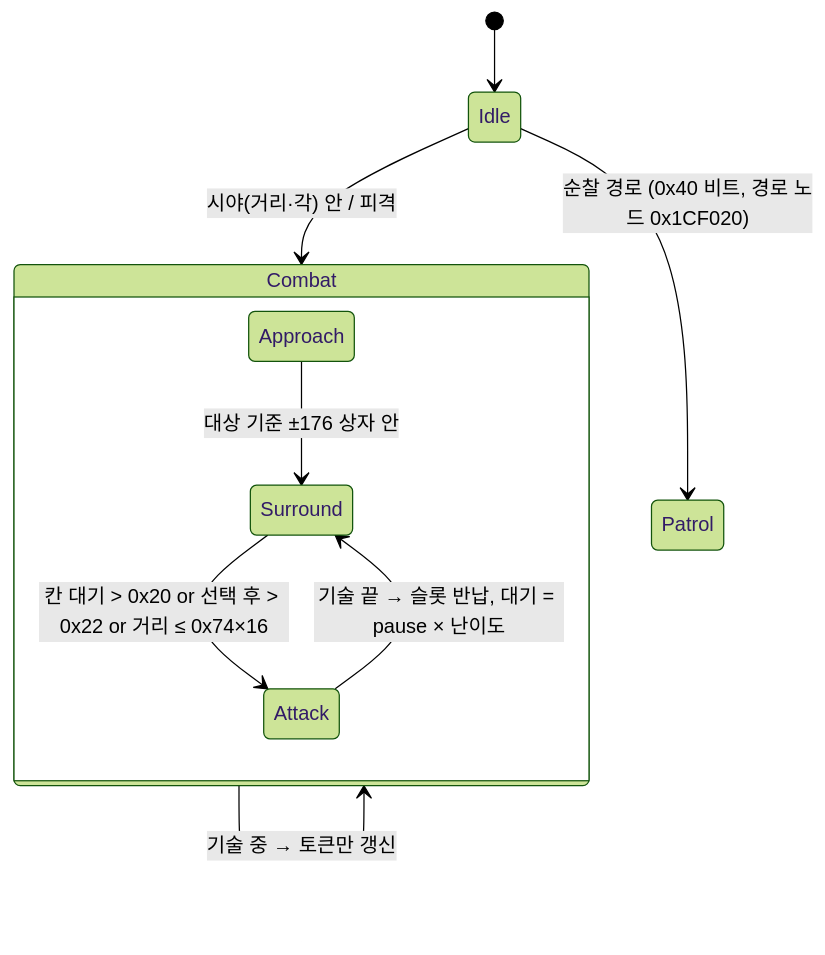
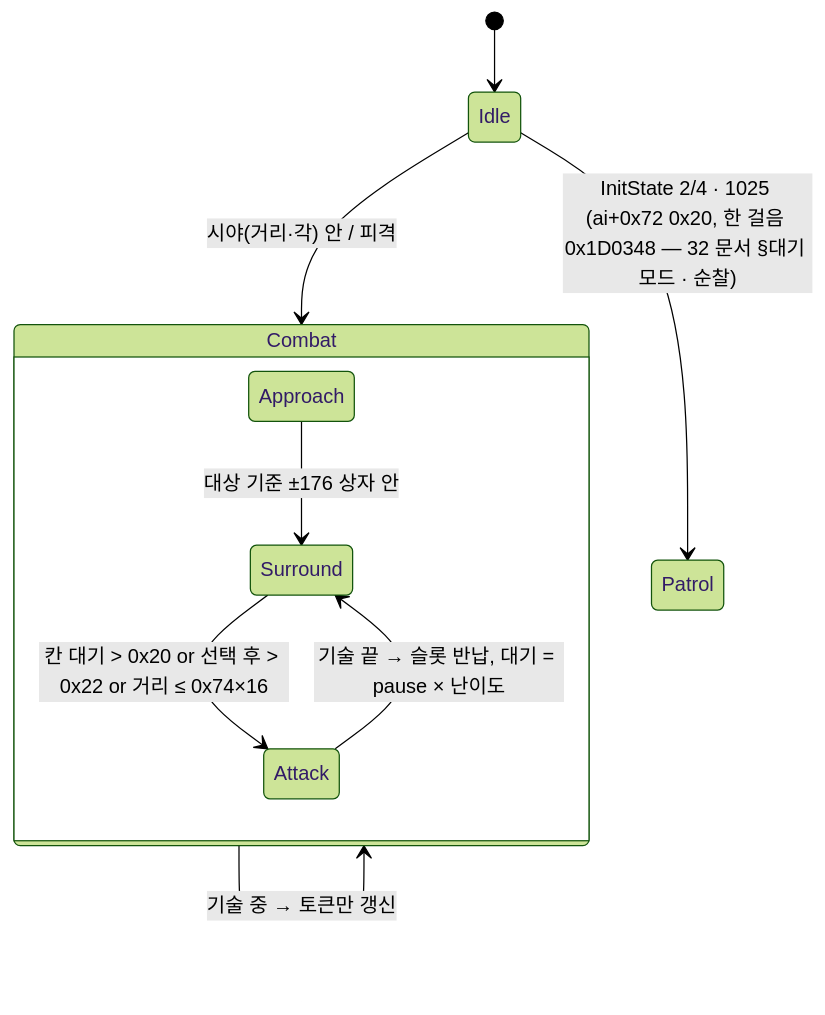
One commit to zero2080/devple-gow changed the diagram in docs/17-enemy-ai.md. Above: the diagram before and after it, drawn with Mermaid (forest theme). The commit also changed other lines of this file and 13 other files, not shown here.

````diff
--- a/docs/17-enemy-ai.md
+++ b/docs/17-enemy-ai.md
@@ -159,12 +159,12 @@
 ```mermaid
 stateDiagram-v2
     [*] --> Idle
     Idle --> Combat: 시야(거리·각) 안 / 피격
-    Idle --> Patrol: 순찰 경로 (0x40 비트, 경로 노드 0x1CF020)
+    Idle --> Patrol: InitState 2/4 · 1025 (ai+0x72 0x20, 한 걸음 0x1D0348 — 32 문서 §대기 모드 · 순찰)
     Combat --> Combat: 기술 중 → 토큰만 갱신
     state Combat {
         Approach --> Surround: 대상 기준 ±176 상자 안
         Surround --> Attack: 칸 대기 > 0x20 or 선택 후 > 0x22 or 거리 ≤ 0x74×16
         Attack --> Surround: 기술 끝 → 슬롯 반납, 대기 = pause × 난이도
     }
 ```
````
